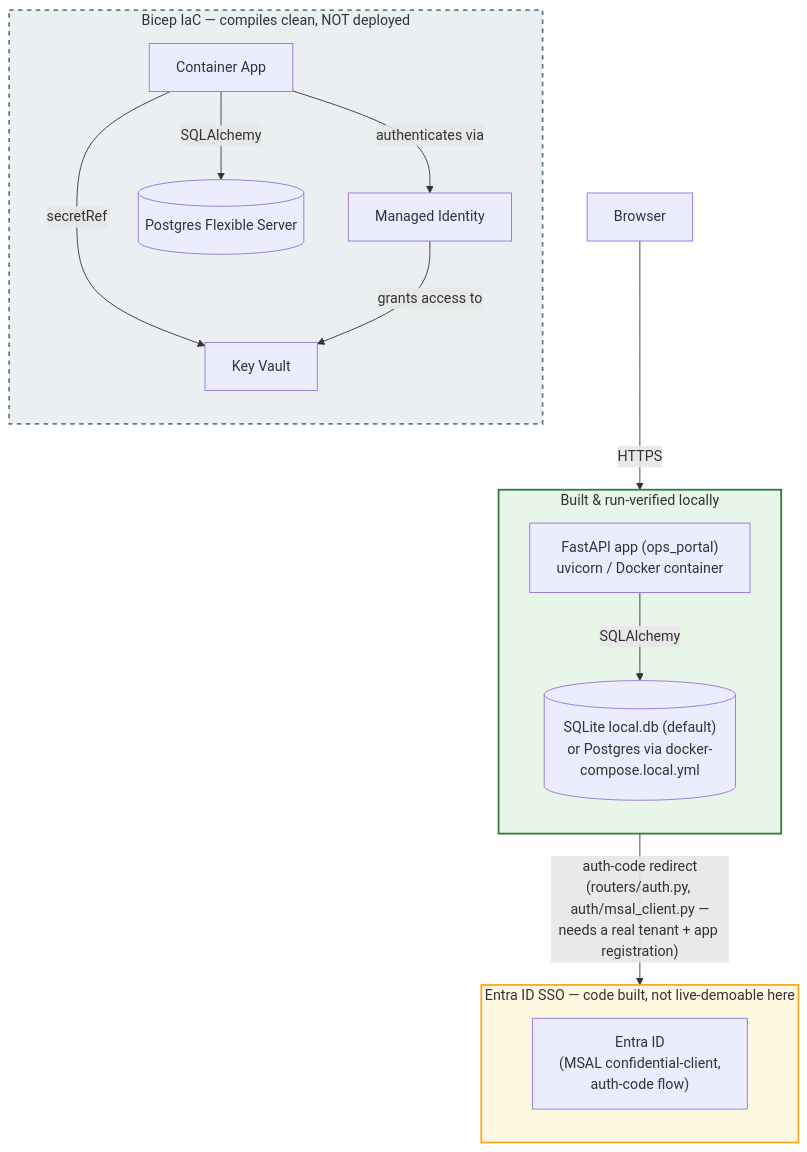
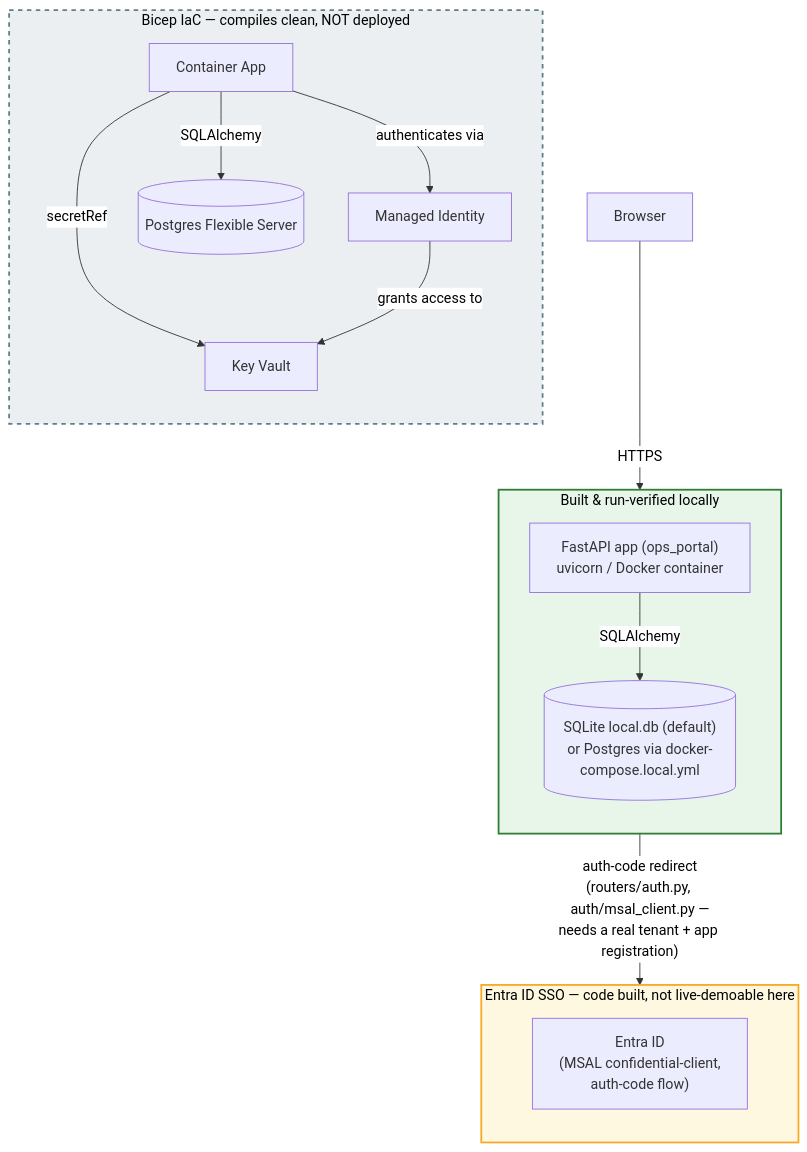
The diagram in README.md (twilcox-ops/meridian-ops-portal), drawn with Mermaid before and after one commit.

Commit message:
Fix Mermaid diagram contrast: dark text on subgraph titles and edge labels

````diff
--- a/README.md
+++ b/README.md
@@ -45,35 +45,37 @@
 ```mermaid
+%%{init: {'themeVariables': {'edgeLabelBackground': '#ffffff'}}}%%
 flowchart TB
     Browser["Browser"]
 
     subgraph LIVE["Built & run-verified locally"]
         direction TB
         App["FastAPI app (ops_portal)<br/>uvicorn / Docker container"]
         DB[("SQLite local.db (default)<br/>or Postgres via docker-compose.local.yml")]
         App -- "SQLAlchemy" --> DB
     end
 
     subgraph ENTRA["Entra ID SSO — code built, not live-demoable here"]
         direction TB
         AAD["Entra ID<br/>(MSAL confidential-client,<br/>auth-code flow)"]
     end
 
     subgraph IAC["Bicep IaC — compiles clean, NOT deployed"]
         direction TB
         CA["Container App"]
         PG[("Postgres Flexible Server")]
         KV["Key Vault"]
         MI["Managed Identity"]
         CA -- "secretRef" --> KV
         MI -- "grants access to" --> KV
         CA -- "authenticates via" --> MI
         CA -- "SQLAlchemy" --> PG
     end
 
     Browser -- "HTTPS" --> App
     App -- "auth-code redirect<br/>(routers/auth.py, auth/msal_client.py —<br/>needs a real tenant + app registration)" --> AAD
 
-    style LIVE fill:#e8f5e9,stroke:#2e7d32,stroke-width:2px
-    style ENTRA fill:#fff8e1,stroke:#f9a825,stroke-width:2px
-    style IAC fill:#eceff1,stroke:#607d8b,stroke-width:2px,stroke-dasharray: 5 5
+    style LIVE fill:#e8f5e9,stroke:#2e7d32,stroke-width:2px,color:#000
+    style ENTRA fill:#fff8e1,stroke:#f9a825,stroke-width:2px,color:#000
+    style IAC fill:#eceff1,stroke:#607d8b,stroke-width:2px,stroke-dasharray: 5 5,color:#000
+    linkStyle default color:#000
 ```
````
